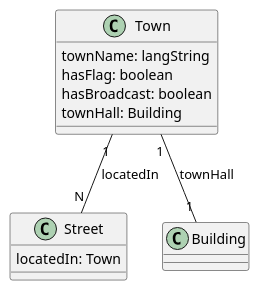
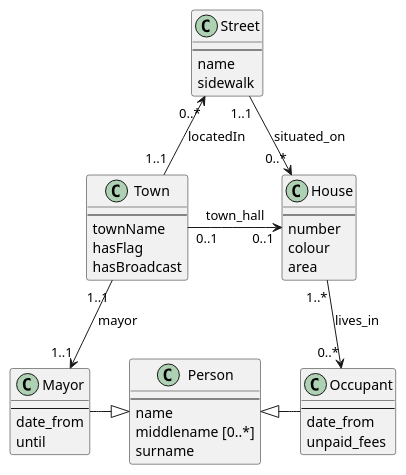
The diagram in 3/json/data/scheme.plantuml (michael-sevcik/NPRG036-Data-Formats), drawn with PlantUML before and after one commit.

Commit message:
default scheme

```diff
--- a/3/json/data/scheme.plantuml
+++ b/3/json/data/scheme.plantuml
@@ -1,20 +1,51 @@
 @startuml
 
 class "Town" as Town {
-  townName: langString
-  hasFlag: boolean
-  hasBroadcast: boolean
-  townHall: Building
+  --
+  townName
+  hasFlag
+  hasBroadcast
 }
 
 class "Street" as Street {
-  locatedIn: Town
+  --
+  name
+  sidewalk
 }
 
-class "Building" as Building {
+class "House" as House{
+  --
+  number
+  colour
+  area
 }
 
-Town "1" -- "N" Street : locatedIn
-Town "1" -- "1" Building : townHall
+class "Occupant" as Occupant{
+  --
+  date_from
+  unpaid_fees
+}
+
+class "Person" as Person{
+  --
+  name
+  middlename [0..*]
+  surname
+}
+
+class "Mayor" as Mayor{
+  --
+  date_from
+  until
+}
+
+Town "1..1" -u-> "0..*" Street : locatedIn
+Street "1..1" -d-> "0..*" House : situated_on
+Town "0..1" -r-> "0..1" House : town_hall
+Town "1..1" -d-> "1..1" Mayor : mayor
+House "1..*" -d-> "0..*" Occupant : lives_in
+Occupant -l-|> Person : " "
+Mayor -r-|> Person : " "
+
 
 @enduml
```
